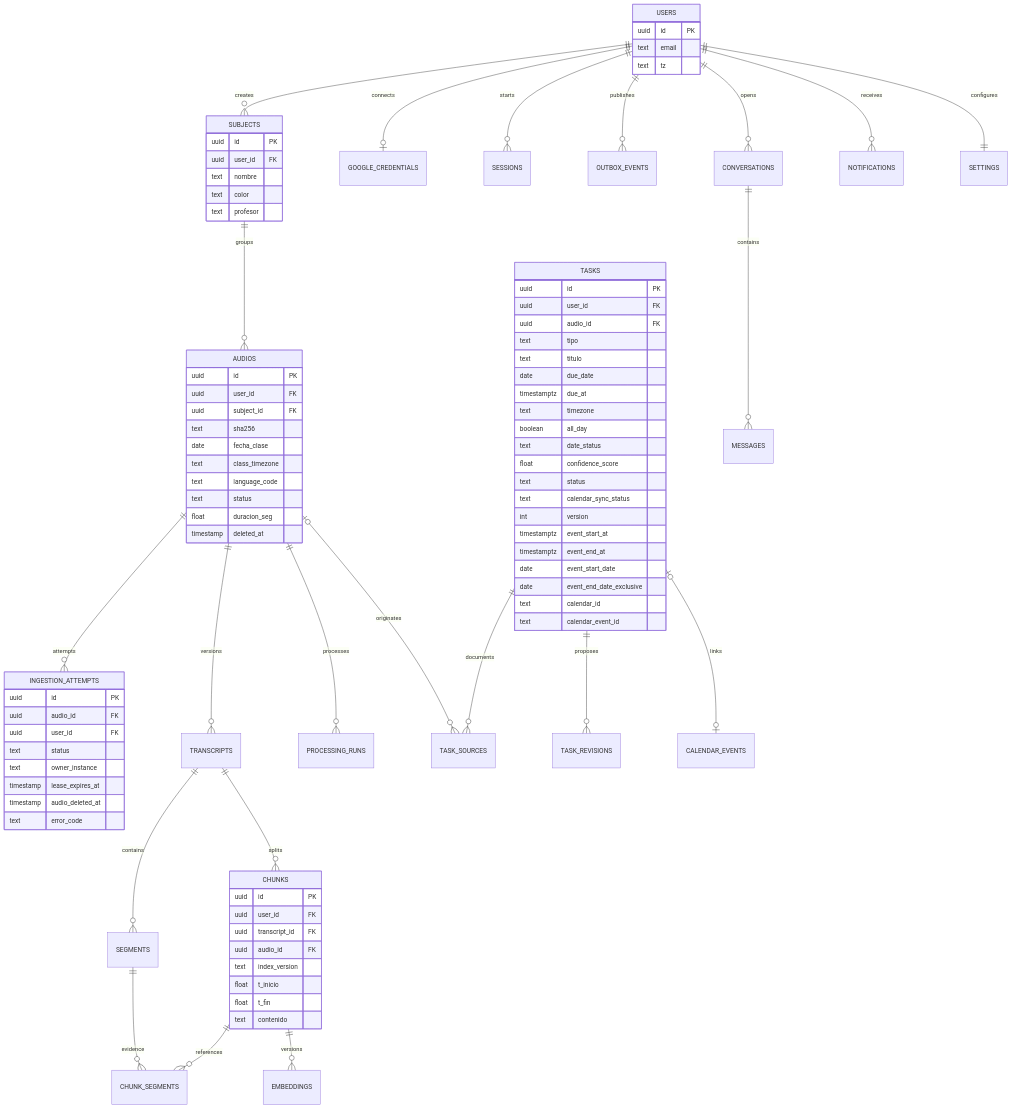
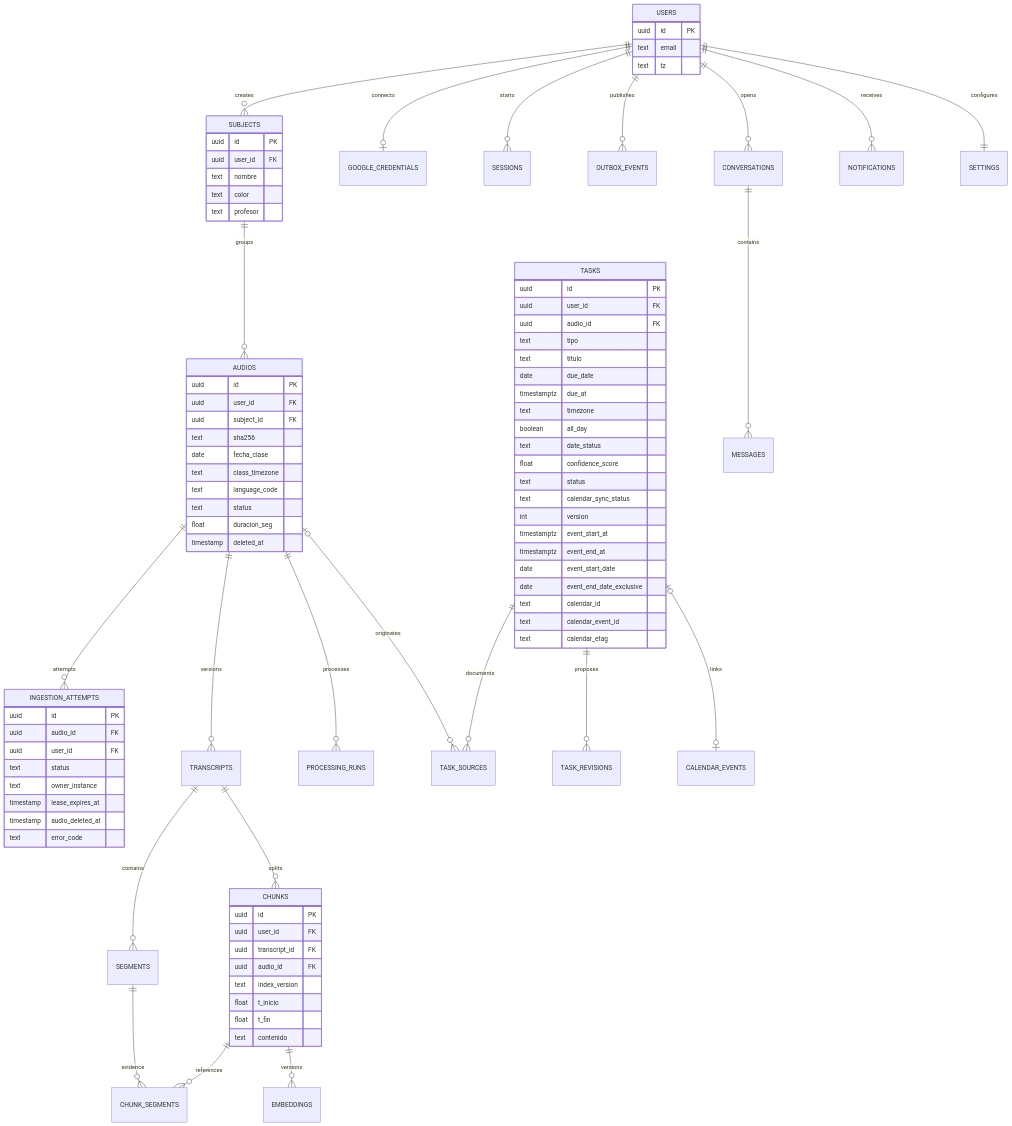
Before and after one commit to Nigrumhodo/Maulwurf: the third of 3 diagrams in docs/ESPECIFICACION.md, drawn with Mermaid. The commit also changed other lines of this file and 7 other files, not shown here.

Commit message:
[MAULW-119] fix2: persist the Calendar ETag baseline and fail closed before the read

```diff
--- a/docs/ESPECIFICACION.md
+++ b/docs/ESPECIFICACION.md
@@ -901,6 +904,7 @@
         date event_end_date_exclusive
         text calendar_id
         text calendar_event_id
+        text calendar_etag
     }
     CHUNKS {
         uuid id PK
```
